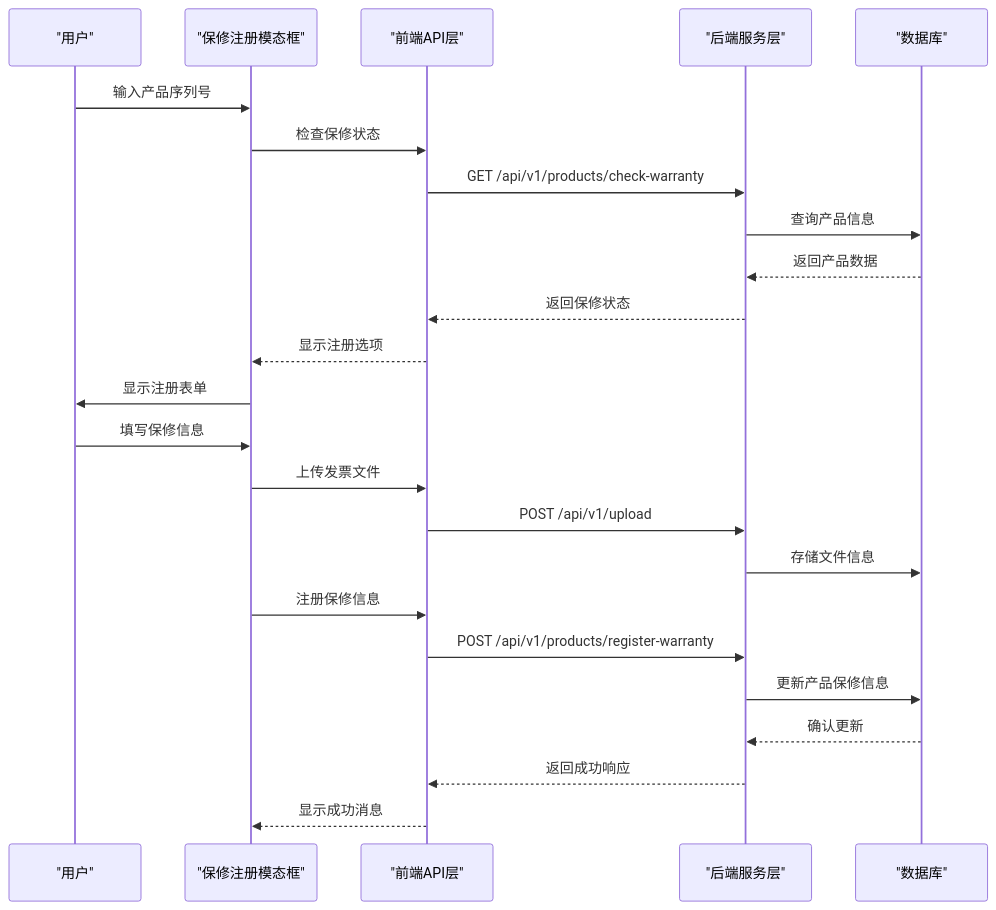
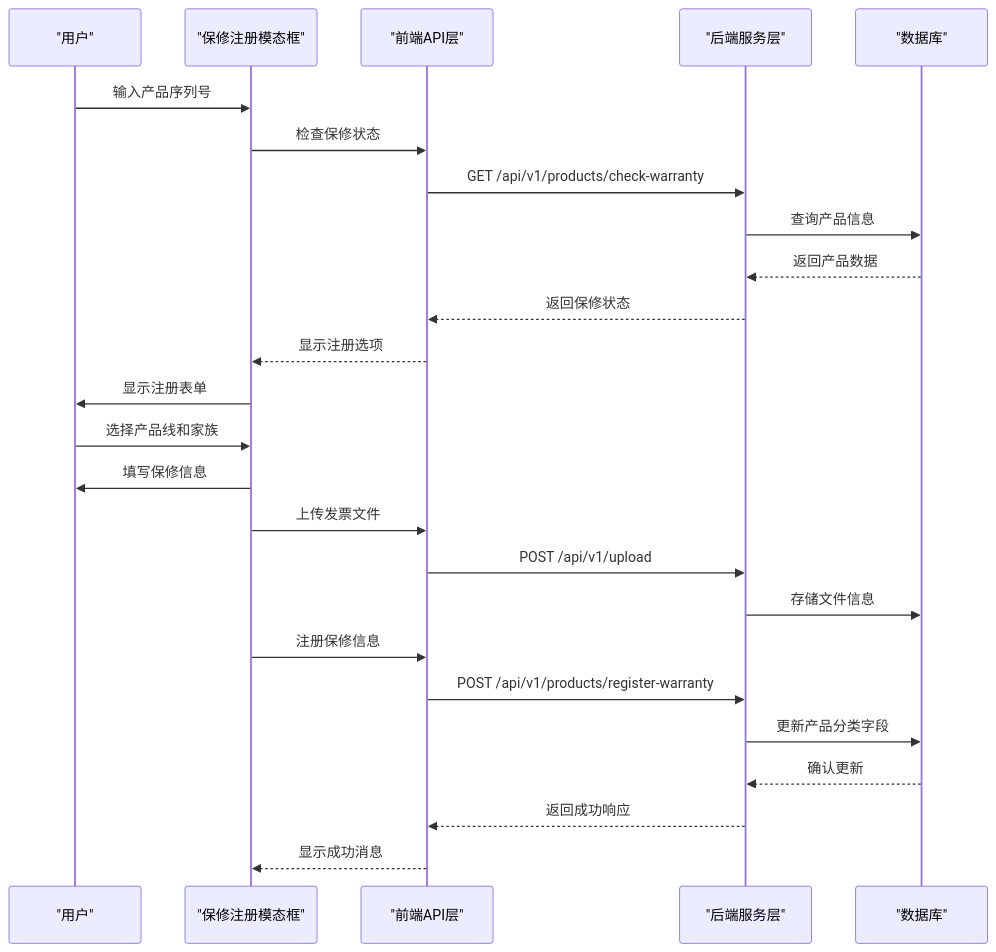
The third of 8 diagrams in .qoder/repowiki/zh/content/前端组件架构/保修注册模态框组件.md (CubeEdge/Longhorn), drawn with Mermaid before and after one commit. The commit also changed other lines of this file and 3 other files, not shown here.

````diff
--- a/.qoder/repowiki/zh/content/前端组件架构/保修注册模态框组件.md
+++ b/.qoder/repowiki/zh/content/前端组件架构/保修注册模态框组件.md
@@ -111,26 +139,27 @@
 ```mermaid
 sequenceDiagram
 participant 用户 as "用户"
 participant 模态框 as "保修注册模态框"
 participant 前端 as "前端API层"
 participant 后端 as "后端服务层"
 participant 数据库 as "数据库"
 用户->>模态框 : 输入产品序列号
 模态框->>前端 : 检查保修状态
 前端->>后端 : GET /api/v1/products/check-warranty
 后端->>数据库 : 查询产品信息
 数据库-->>后端 : 返回产品数据
 后端-->>前端 : 返回保修状态
 前端-->>模态框 : 显示注册选项
 模态框->>用户 : 显示注册表单
-用户->>模态框 : 填写保修信息
+用户->>模态框 : 选择产品线和家族
+模态框->>用户 : 填写保修信息
 模态框->>前端 : 上传发票文件
 前端->>后端 : POST /api/v1/upload
 后端->>数据库 : 存储文件信息
 模态框->>前端 : 注册保修信息
 前端->>后端 : POST /api/v1/products/register-warranty
-后端->>数据库 : 更新产品保修信息
+后端->>数据库 : 更新产品分类字段
 数据库-->>后端 : 确认更新
 后端-->>前端 : 返回成功响应
 前端-->>模态框 : 显示成功消息
 ```
````
